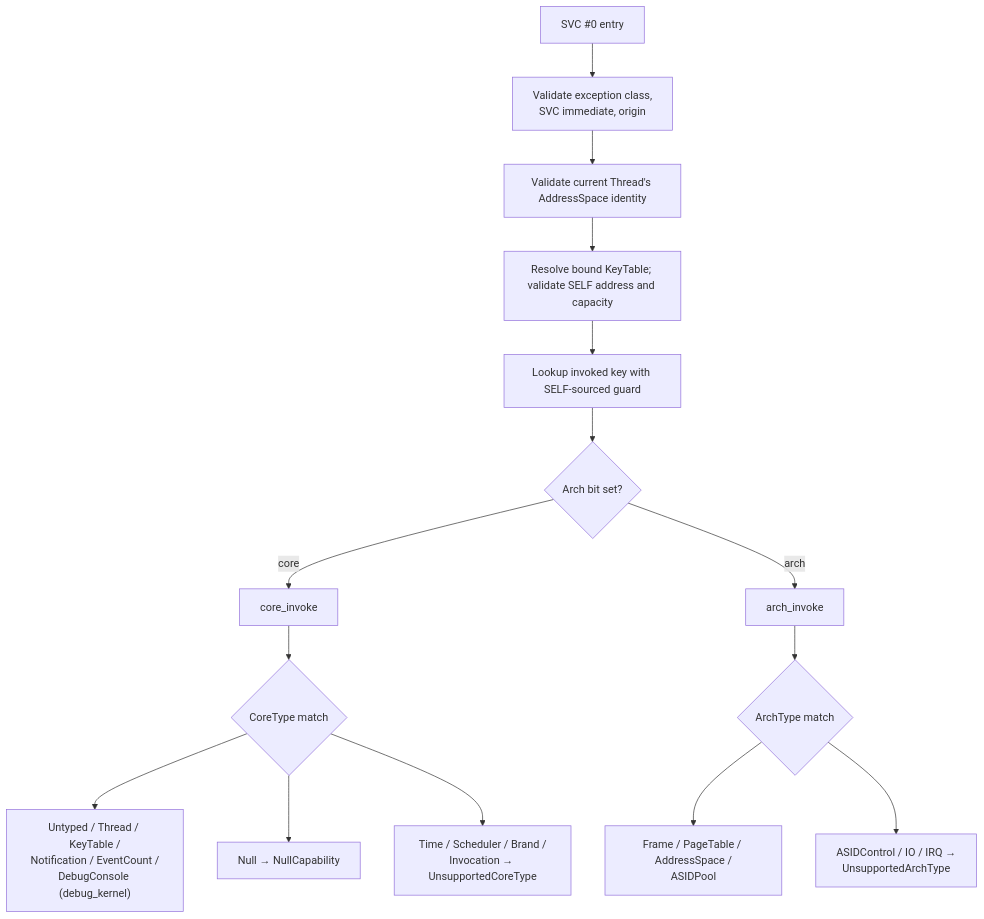
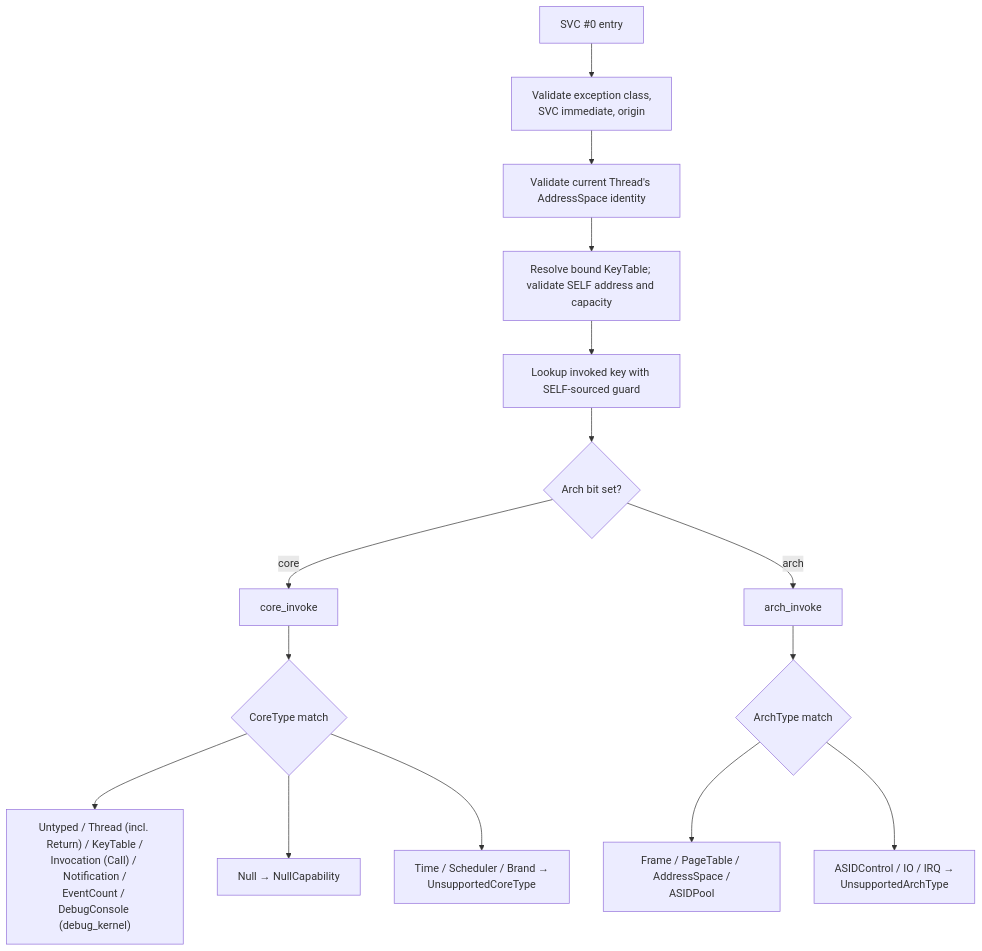
One commit to metta-systems/vesper changed the diagram in doc/object_types/README.md. Above: the diagram before and after it, drawn with Mermaid. The commit also changed other lines of this file and 36 other files, not shown here.

Commit message:
Implementation of Invocation.Call and Thread.Return

````diff
--- a/doc/object_types/README.md
+++ b/doc/object_types/README.md
@@ -99,17 +100,17 @@
 ```mermaid
 flowchart TD
     A["SVC #0 entry"] --> B["Validate exception class,<br/>SVC immediate, origin"]
     B --> AS["Validate current Thread's AddressSpace identity"]
     AS --> KT["Resolve bound KeyTable; validate SELF address and capacity"]
     KT --> C["Lookup invoked key with SELF-sourced guard"]
     C --> D{"Arch bit set?"}
     D -- "core" --> E["core_invoke"]
     D -- "arch" --> F["arch_invoke"]
     E --> G{"CoreType match"}
-    G --> H["Untyped / Thread / KeyTable /<br/>Notification / EventCount /<br/>DebugConsole (debug_kernel)"]
+    G --> H["Untyped / Thread (incl. Return) / KeyTable /<br/>Invocation (Call) / Notification /<br/>EventCount / DebugConsole (debug_kernel)"]
     G --> I["Null → NullCapability"]
-    G --> J["Time / Scheduler / Brand /<br/>Invocation → UnsupportedCoreType"]
+    G --> J["Time / Scheduler / Brand →<br/>UnsupportedCoreType"]
     F --> K{"ArchType match"}
     K --> L["Frame / PageTable / AddressSpace /<br/>ASIDPool"]
     K --> M["ASIDControl / IO / IRQ →<br/>UnsupportedArchType"]
 ```
````
